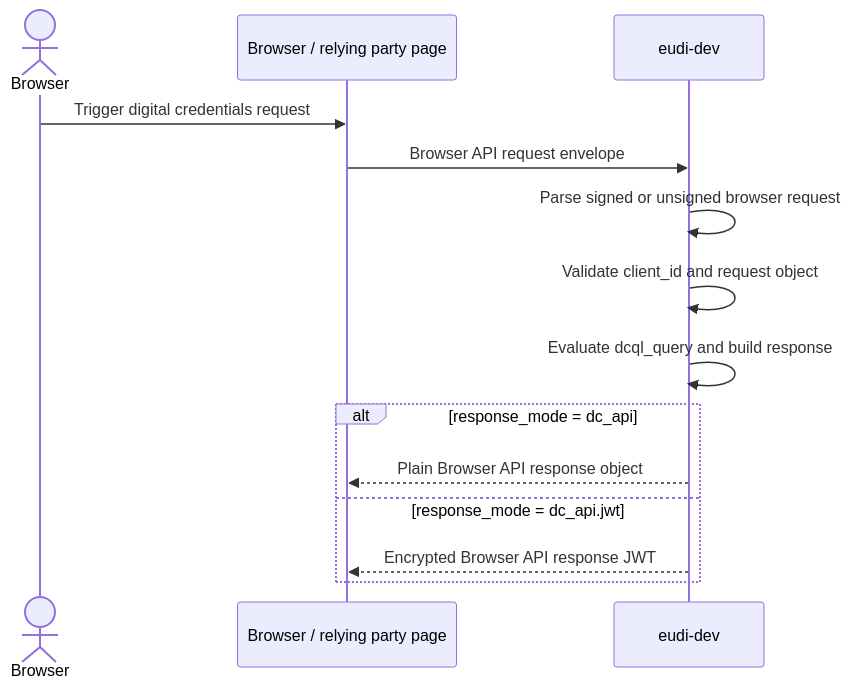
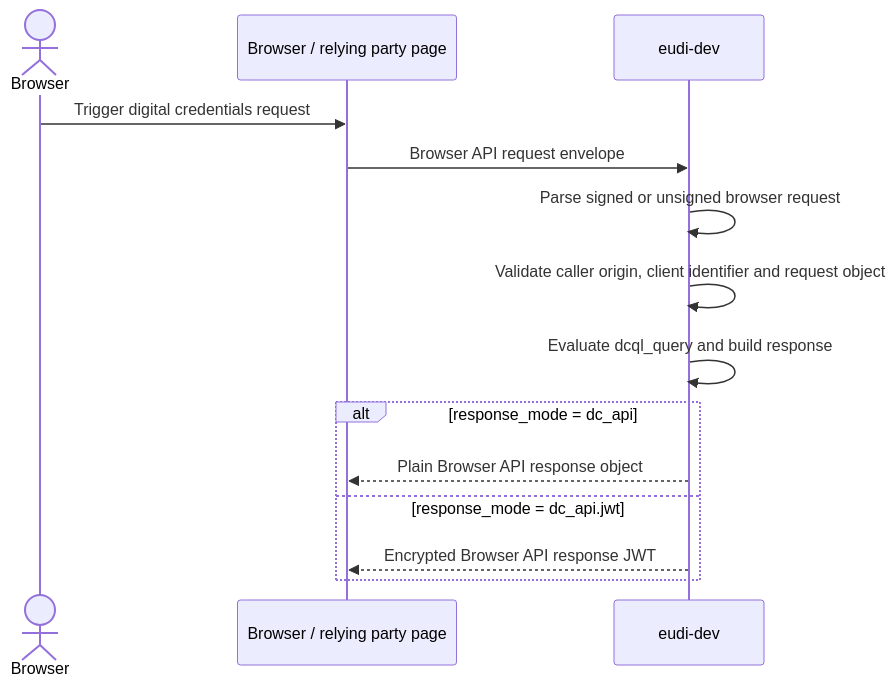
The fourth of 4 diagrams in docs/diagrams/oid4vp.md (dominikschlosser/eudi-dev), drawn with Mermaid before and after one commit. The commit also changed other lines of this file and 17 other files, not shown here.

````diff
--- a/docs/diagrams/oid4vp.md
+++ b/docs/diagrams/oid4vp.md
@@ -123,17 +123,17 @@
 ```mermaid
 sequenceDiagram
     actor Browser
     participant RP as Browser / relying party page
     participant Wallet as eudi-dev
 
     Browser->>RP: Trigger digital credentials request
     RP->>Wallet: Browser API request envelope
     Wallet->>Wallet: Parse signed or unsigned browser request
-    Wallet->>Wallet: Validate client_id and request object
+    Wallet->>Wallet: Validate caller origin, client identifier and request object
     Wallet->>Wallet: Evaluate dcql_query and build response
     alt response_mode = dc_api
         Wallet-->>RP: Plain Browser API response object
     else response_mode = dc_api.jwt
         Wallet-->>RP: Encrypted Browser API response JWT
     end
 ```
````
